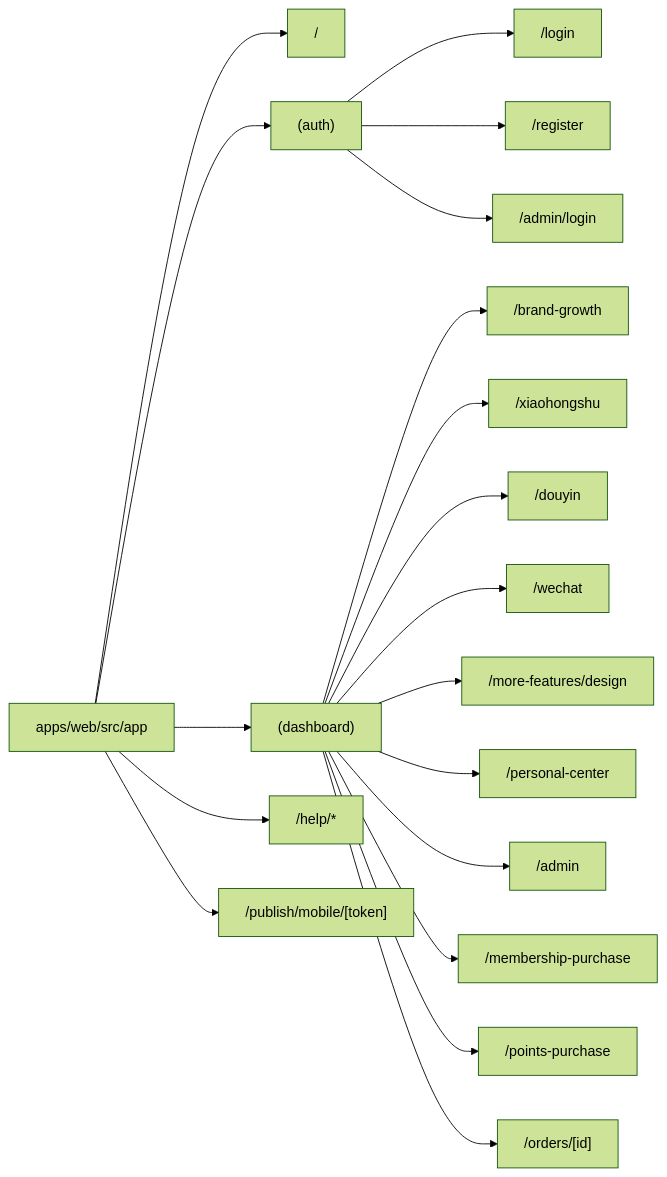
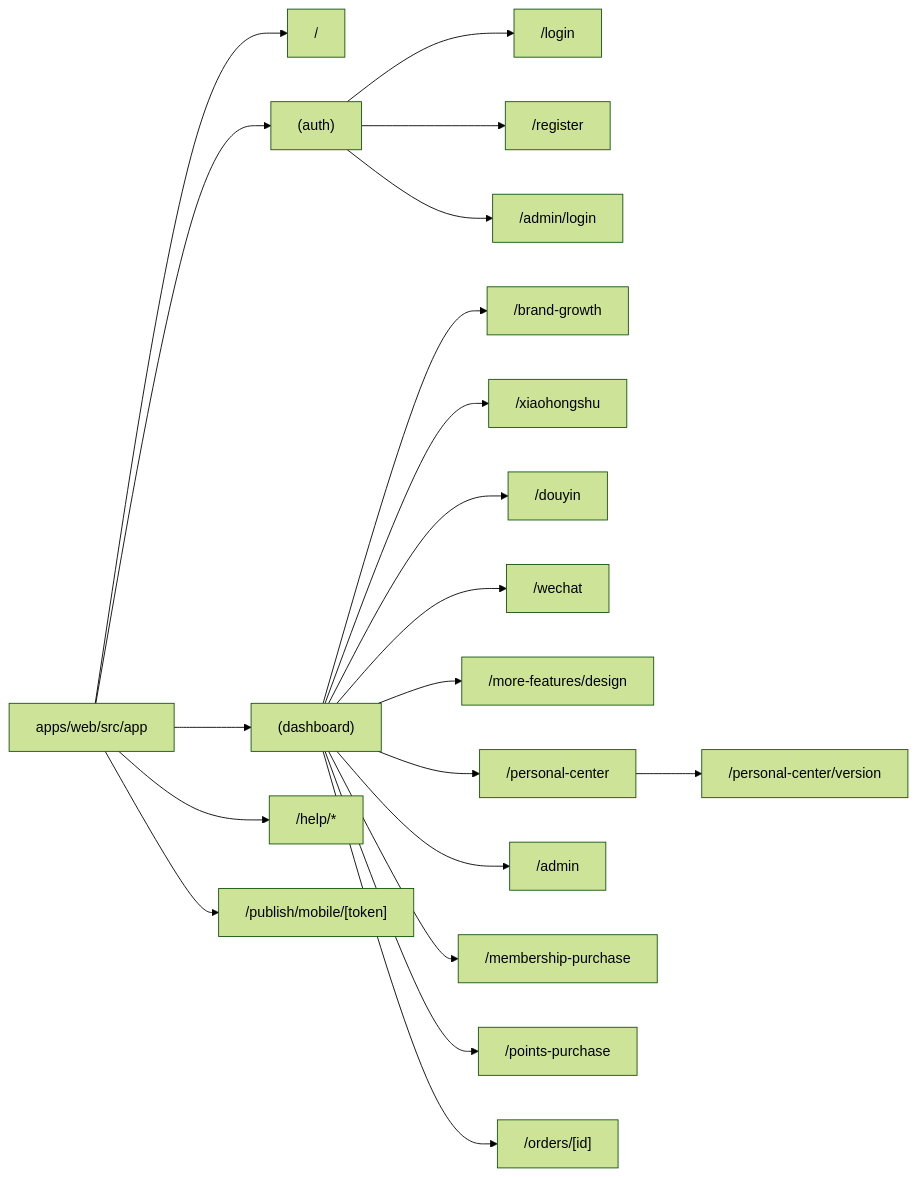
Before and after one commit to Depthukesh/ai-omni-ops-system: the second of 5 diagrams in docs/site-map-mermaid.md, drawn with Mermaid (forest theme). The commit also changed other lines of this file and 15 other files, not shown here.

First line of the commit message:
feat: add personal center version update flow

````diff
--- a/docs/site-map-mermaid.md
+++ b/docs/site-map-mermaid.md
@@ -59,25 +81,26 @@
 ```mermaid
 flowchart LR
     Root["apps/web/src/app"]
 
     Root --> Home["/"]
     Root --> Auth["(auth)"]
     Root --> Dash["(dashboard)"]
     Root --> Help["/help/*"]
     Root --> Publish["/publish/mobile/[token]"]
 
     Auth --> Login["/login"]
     Auth --> Register["/register"]
     Auth --> AdminLogin["/admin/login"]
 
     Dash --> BrandGrowth["/brand-growth"]
     Dash --> Xiaohongshu["/xiaohongshu"]
     Dash --> Douyin["/douyin"]
     Dash --> Wechat["/wechat"]
     Dash --> Design["/more-features/design"]
     Dash --> Personal["/personal-center"]
+    Personal --> PersonalVersion["/personal-center/version"]
     Dash --> Admin["/admin"]
     Dash --> Membership["/membership-purchase"]
     Dash --> Points["/points-purchase"]
     Dash --> OrderDetail["/orders/[id]"]
 ```
````
